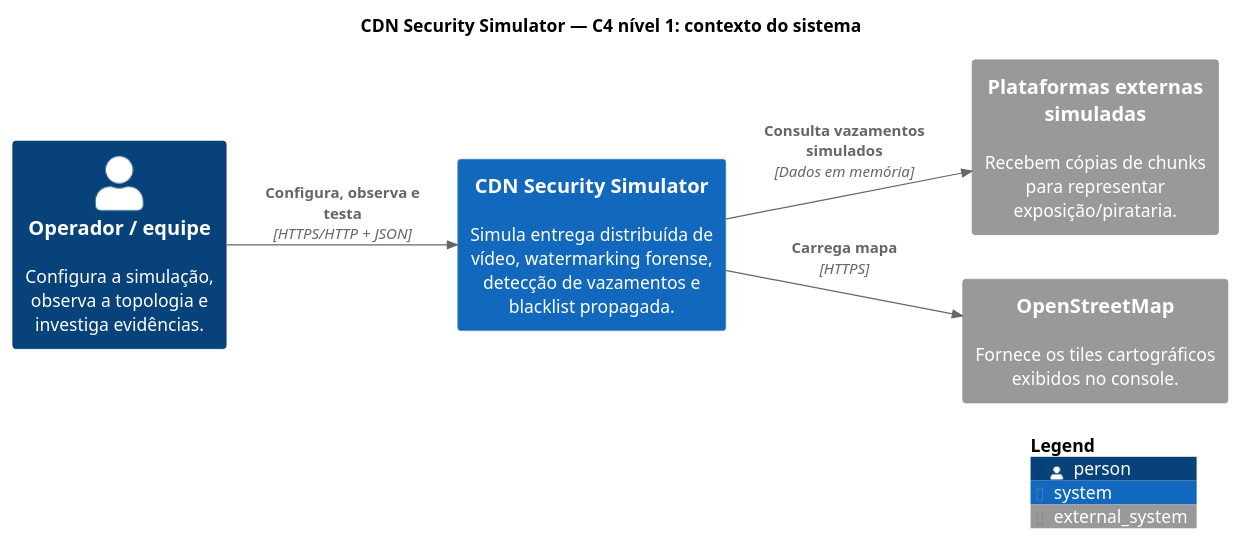
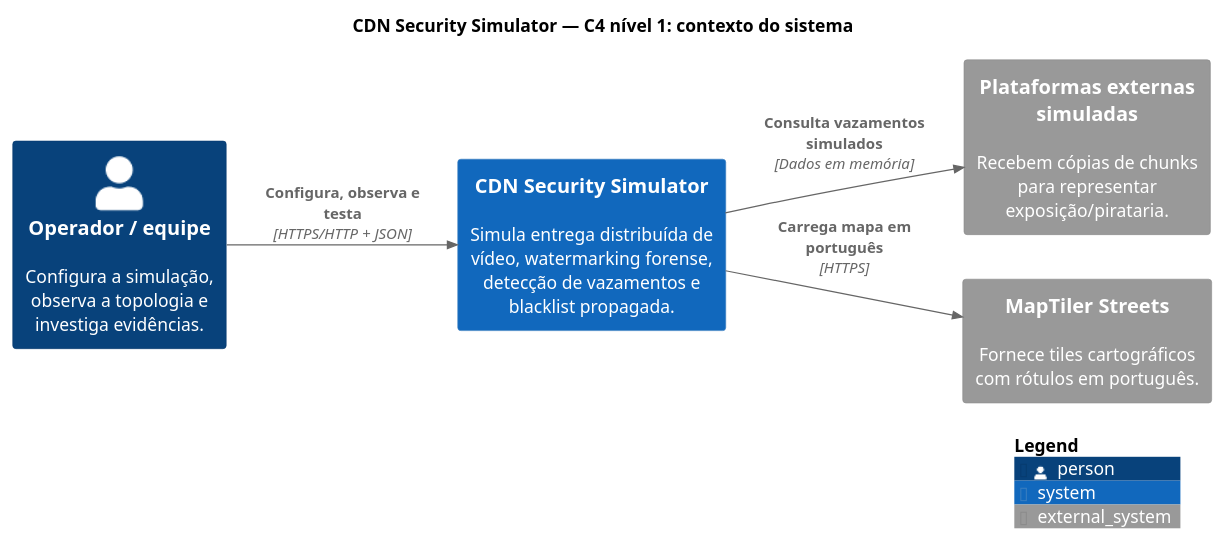
The diagram in docs/c4-context.puml (LuisReis09/CDN-Sentinel), drawn with PlantUML before and after one commit. The commit also changed 48 other files, not shown here.

```diff
--- a/docs/c4-context.puml
+++ b/docs/c4-context.puml
@@ -1,18 +1,18 @@
 @startuml c4-context
 !include https://raw.githubusercontent.com/plantuml-stdlib/C4-PlantUML/master/C4_Context.puml
 
 title CDN Security Simulator — C4 nível 1: contexto do sistema
 
 LAYOUT_LEFT_RIGHT()
 
 Person(operator, "Operador / equipe", "Configura a simulação, observa a topologia e investiga evidências.")
 System(cdnSecurity, "CDN Security Simulator", "Simula entrega distribuída de vídeo, watermarking forense, detecção de vazamentos e blacklist propagada.")
 System_Ext(videoPlatform, "Plataformas externas simuladas", "Recebem cópias de chunks para representar exposição/pirataria.")
-System_Ext(osm, "OpenStreetMap", "Fornece os tiles cartográficos exibidos no console.")
+System_Ext(maptiler, "MapTiler Streets", "Fornece tiles cartográficos com rótulos em português.")
 
 Rel(operator, cdnSecurity, "Configura, observa e testa", "HTTPS/HTTP + JSON")
 Rel(cdnSecurity, videoPlatform, "Consulta vazamentos simulados", "Dados em memória")
-Rel(cdnSecurity, osm, "Carrega mapa", "HTTPS")
+Rel(cdnSecurity, maptiler, "Carrega mapa em português", "HTTPS")
 
 SHOW_LEGEND()
 @enduml
```
